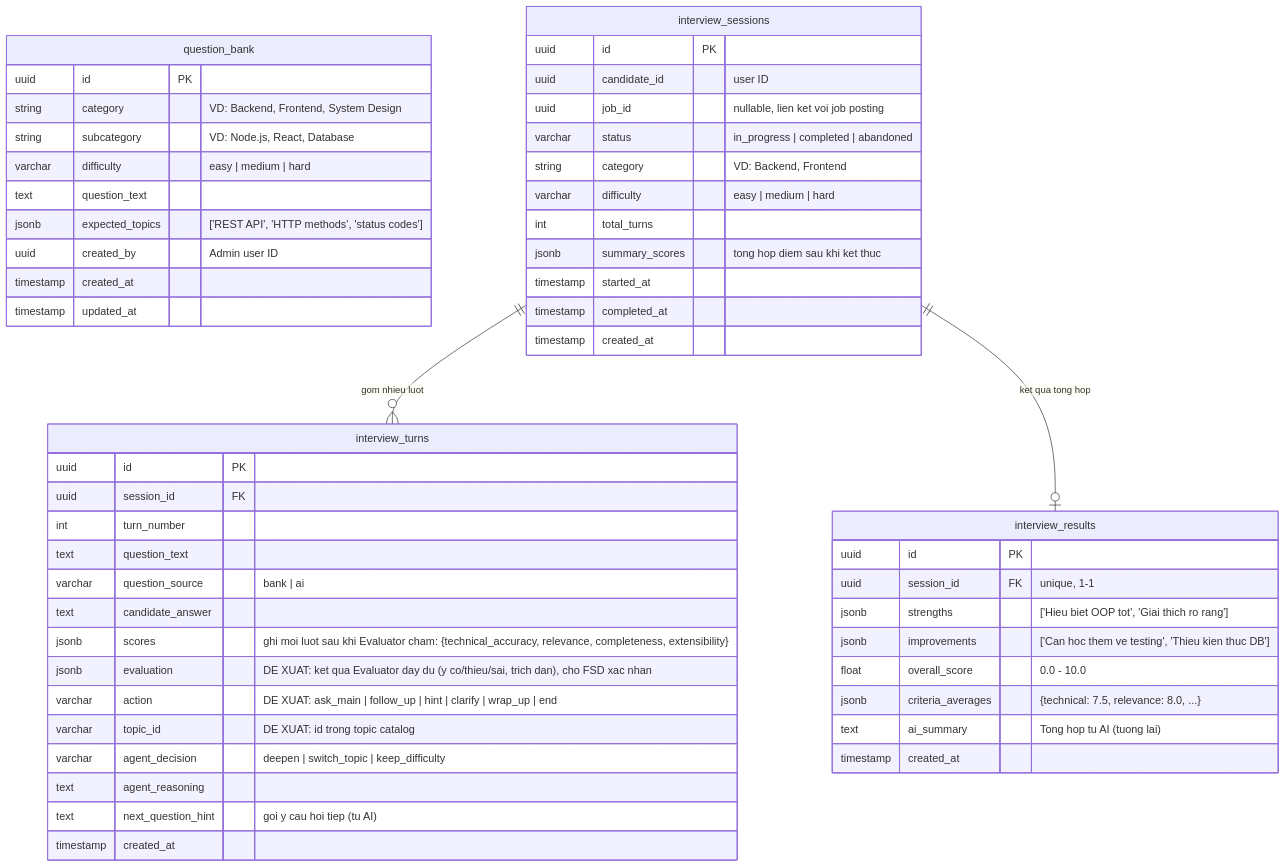
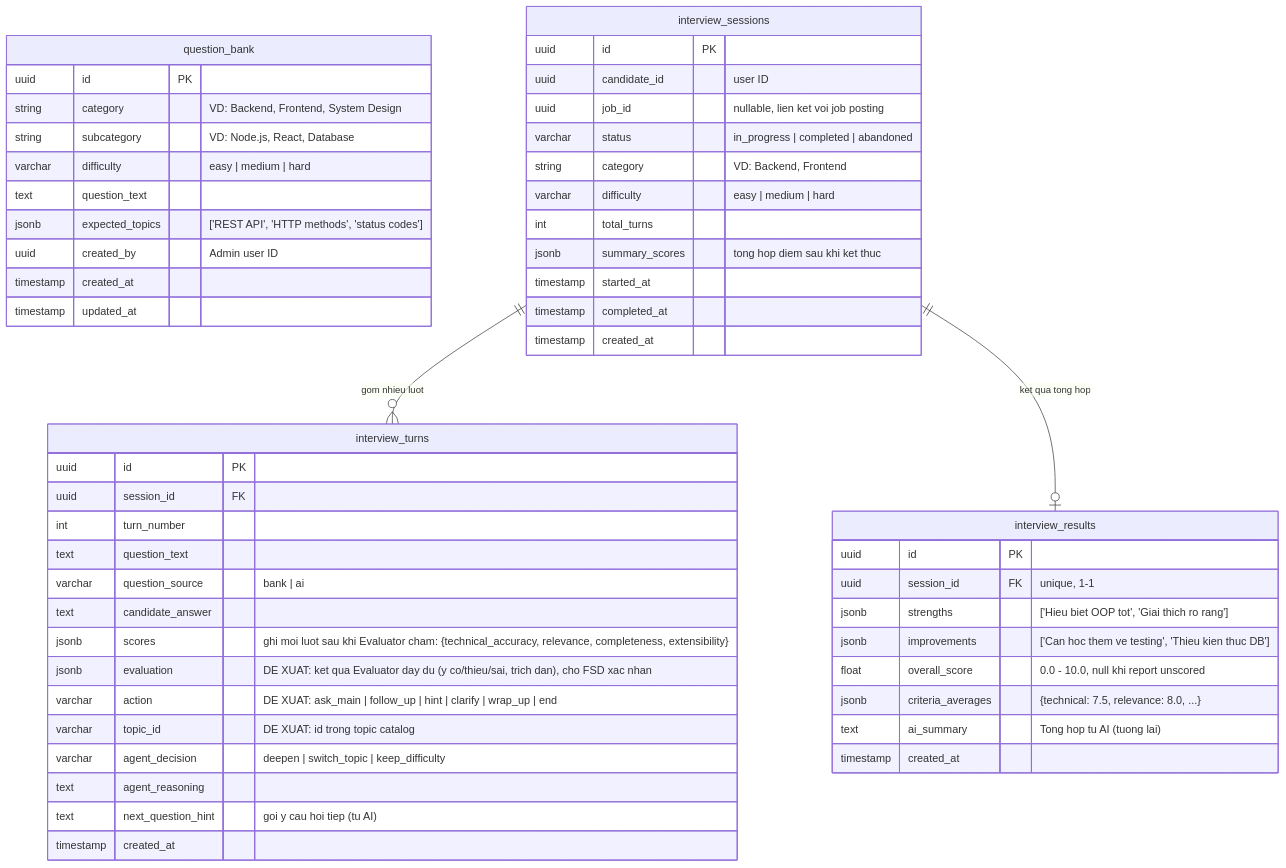
The third of 5 diagrams in docs/architecture/data-model.md (minhtuann1102/ai-recruitment-platform), drawn with Mermaid before and after one commit. The commit also changed 25 other files, not shown here.

First line of the commit message:
fix(ai-service): report AI flow failures instead of hiding them

````diff
--- a/docs/architecture/data-model.md
+++ b/docs/architecture/data-model.md
@@ -166,59 +166,59 @@
 ```mermaid
 erDiagram
     question_bank {
         uuid id PK
         string category "VD: Backend, Frontend, System Design"
         string subcategory "VD: Node.js, React, Database"
         varchar difficulty "easy | medium | hard"
         text question_text
         jsonb expected_topics "['REST API', 'HTTP methods', 'status codes']"
         uuid created_by "Admin user ID"
         timestamp created_at
         timestamp updated_at
     }
 
     interview_sessions {
         uuid id PK
         uuid candidate_id "user ID"
         uuid job_id "nullable, lien ket voi job posting"
         varchar status "in_progress | completed | abandoned"
         string category "VD: Backend, Frontend"
         varchar difficulty "easy | medium | hard"
         int total_turns
         jsonb summary_scores "tong hop diem sau khi ket thuc"
         timestamp started_at
         timestamp completed_at
         timestamp created_at
     }
 
     interview_turns {
         uuid id PK
         uuid session_id FK
         int turn_number
         text question_text
         varchar question_source "bank | ai"
         text candidate_answer
         jsonb scores "ghi moi luot sau khi Evaluator cham: {technical_accuracy, relevance, completeness, extensibility}"
         jsonb evaluation "DE XUAT: ket qua Evaluator day du (y co/thieu/sai, trich dan), cho FSD xac nhan"
         varchar action "DE XUAT: ask_main | follow_up | hint | clarify | wrap_up | end"
         varchar topic_id "DE XUAT: id trong topic catalog"
         varchar agent_decision "deepen | switch_topic | keep_difficulty"
         text agent_reasoning
         text next_question_hint "goi y cau hoi tiep (tu AI)"
         timestamp created_at
     }
 
     interview_results {
         uuid id PK
         uuid session_id FK "unique, 1-1"
         jsonb strengths "['Hieu biet OOP tot', 'Giai thich ro rang']"
         jsonb improvements "['Can hoc them ve testing', 'Thieu kien thuc DB']"
-        float overall_score "0.0 - 10.0"
+        float overall_score "0.0 - 10.0, null khi report unscored"
         jsonb criteria_averages "{technical: 7.5, relevance: 8.0, ...}"
         text ai_summary "Tong hop tu AI (tuong lai)"
         timestamp created_at
     }
 
     interview_sessions ||--o{ interview_turns : "gom nhieu luot"
     interview_sessions ||--o| interview_results : "ket qua tong hop"
 ```
````
